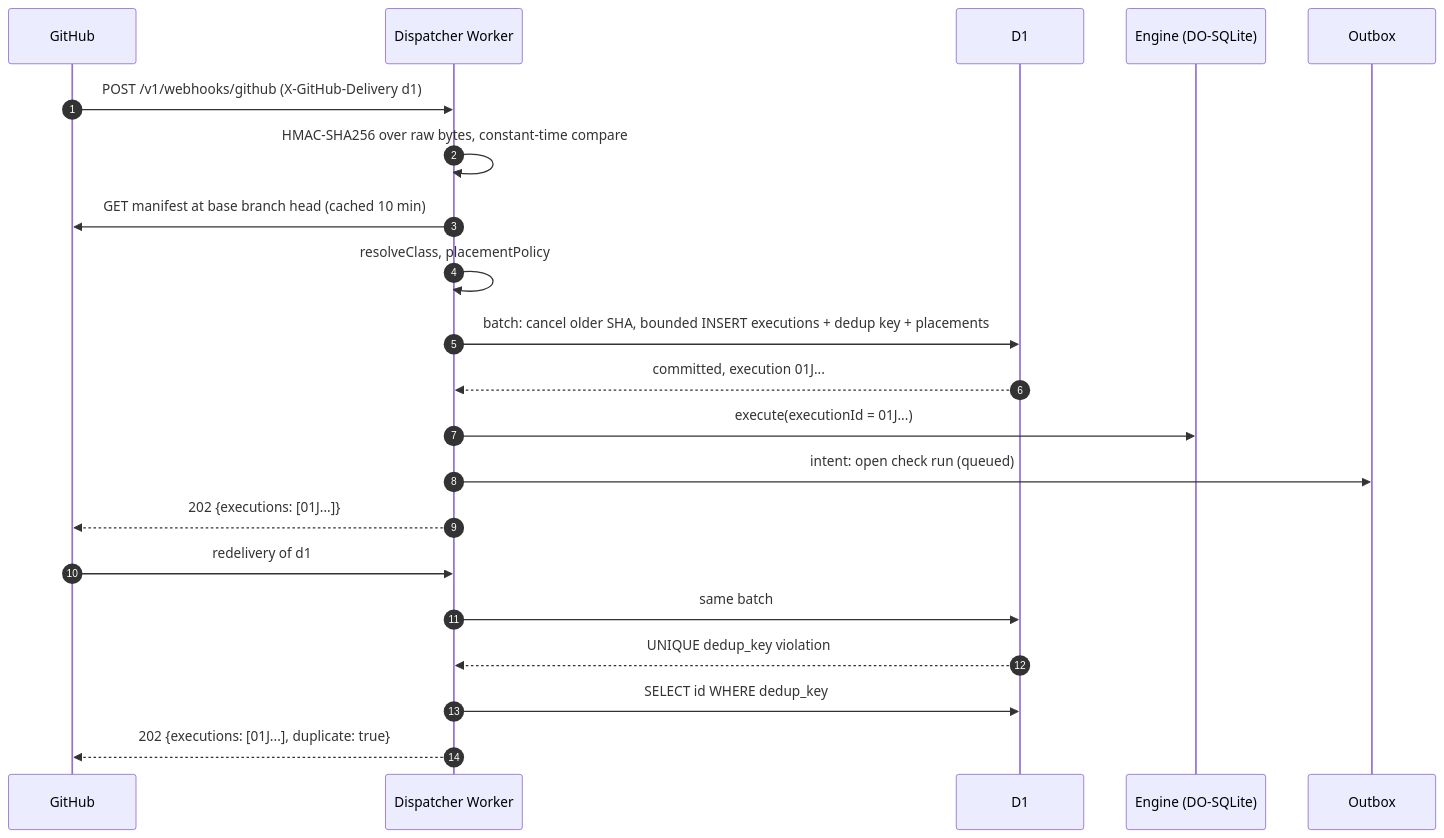
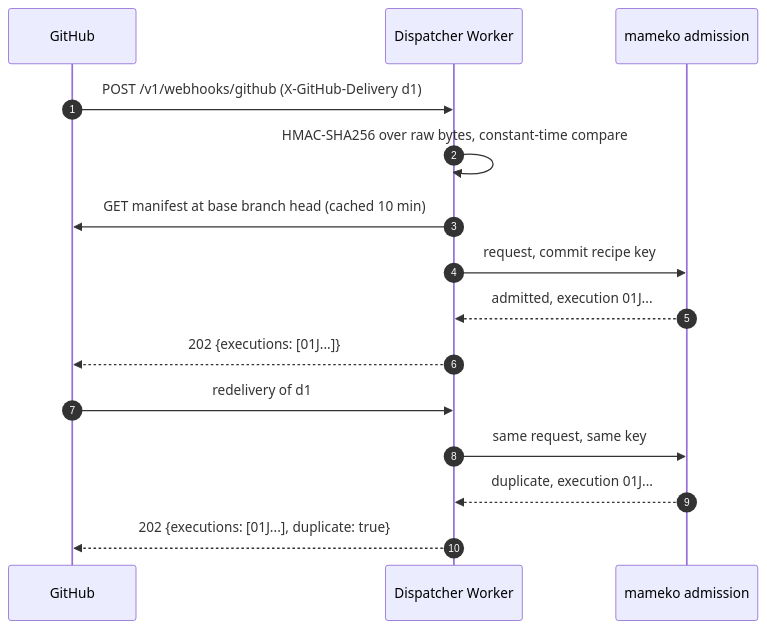
One commit to fractalboxdev/flare-dispatch changed the second of 3 diagrams in specs/intake.md. Above: the diagram before and after it, drawn with Mermaid. The commit also changed other lines of this file and 45 other files, not shown here.

````diff
--- a/specs/intake.md
+++ b/specs/intake.md
@@ -108,24 +108,18 @@
 ```mermaid
 sequenceDiagram
   accTitle: Webhook delivery, then a redelivery of the same event
   autonumber
   participant GH as GitHub
   participant W as Dispatcher Worker
-  participant D1 as D1
-  participant E as Engine (DO-SQLite)
-  participant O as Outbox
+  participant A as mameko admission
   GH->>W: POST /v1/webhooks/github (X-GitHub-Delivery d1)
   W->>W: HMAC-SHA256 over raw bytes, constant-time compare
   W->>GH: GET manifest at base branch head (cached 10 min)
-  W->>W: resolveClass, placementPolicy
-  W->>D1: batch: cancel older SHA, bounded INSERT executions + dedup key + placements
-  D1-->>W: committed, execution 01J...
-  W->>E: execute(executionId = 01J...)
-  W->>O: intent: open check run (queued)
+  W->>A: request, commit recipe key
+  A-->>W: admitted, execution 01J...
   W-->>GH: 202 {executions: [01J...]}
   GH->>W: redelivery of d1
-  W->>D1: same batch
-  D1-->>W: UNIQUE dedup_key violation
-  W->>D1: SELECT id WHERE dedup_key
+  W->>A: same request, same key
+  A-->>W: duplicate, execution 01J...
   W-->>GH: 202 {executions: [01J...], duplicate: true}
 ```
````
